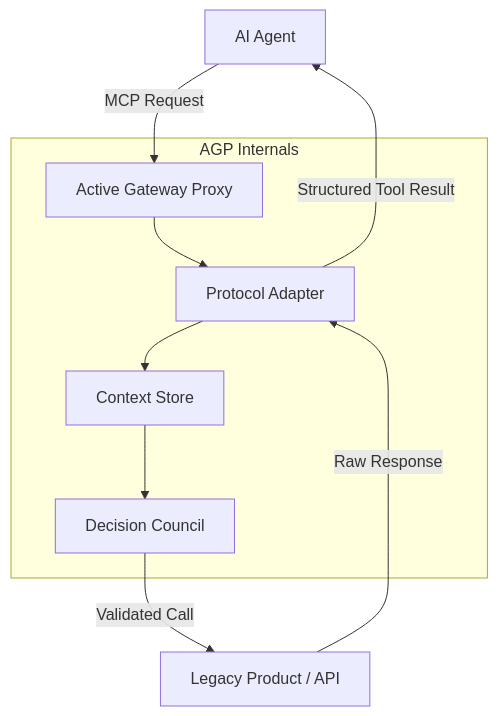
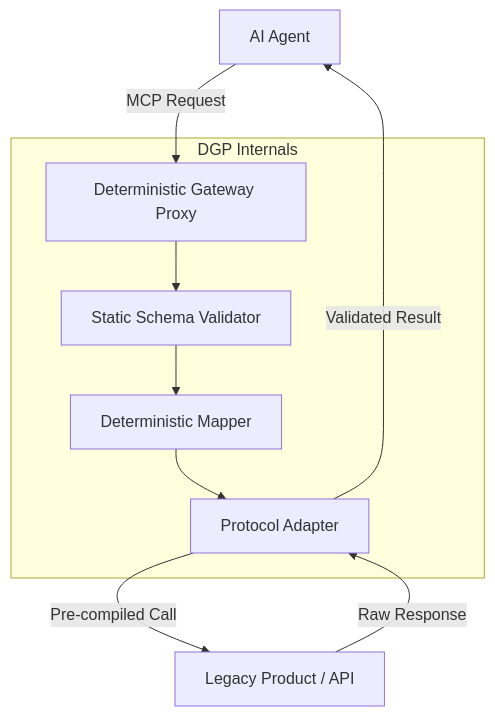
One commit to devashar13/vibe-coder changed the diagram in ideas/active-gateway-proxy-spec.md. Above: the diagram before and after it, drawn with Mermaid. The commit also changed other lines of this file, not shown here.

Commit message:
Update Active Gateway Proxy to Deterministic Gateway Proxy (Remove LLM/Council)

````diff
--- a/ideas/active-gateway-proxy-spec.md
+++ b/ideas/active-gateway-proxy-spec.md
@@ -13,12 +13,12 @@
 ```mermaid
 graph TD
-    A[AI Agent] -->|MCP Request| B[Active Gateway Proxy]
-    subgraph AGP Internals
-        B --> C[Protocol Adapter]
-        C --> D[Context Store]
-        D --> E[Decision Council]
+    A[AI Agent] -->|MCP Request| B[Deterministic Gateway Proxy]
+    subgraph DGP Internals
+        B --> C[Static Schema Validator]
+        C --> D[Deterministic Mapper]
+        D --> E[Protocol Adapter]
     end
-    E -->|Validated Call| F[Legacy Product / API]
-    F -->|Raw Response| C
-    C -->|Structured Tool Result| A
+    E -->|Pre-compiled Call| F[Legacy Product / API]
+    F -->|Raw Response| E
+    E -->|Validated Result| A
 ```
````
